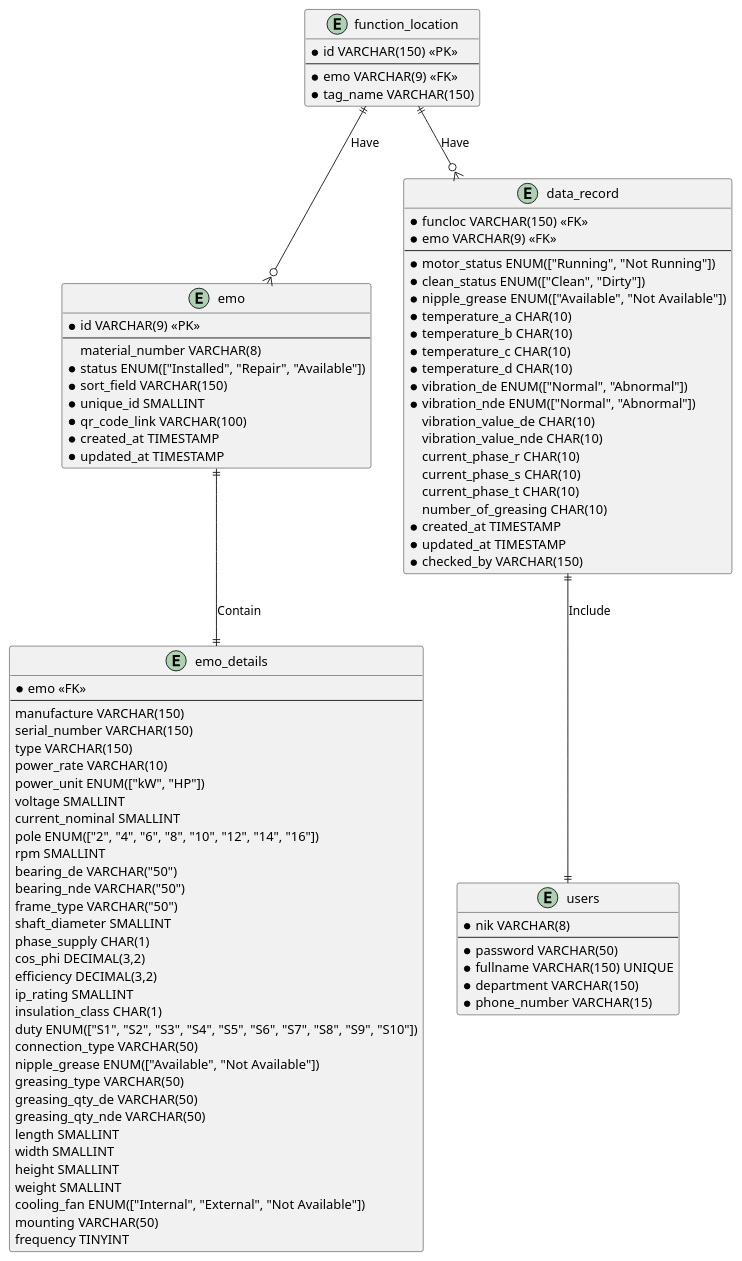
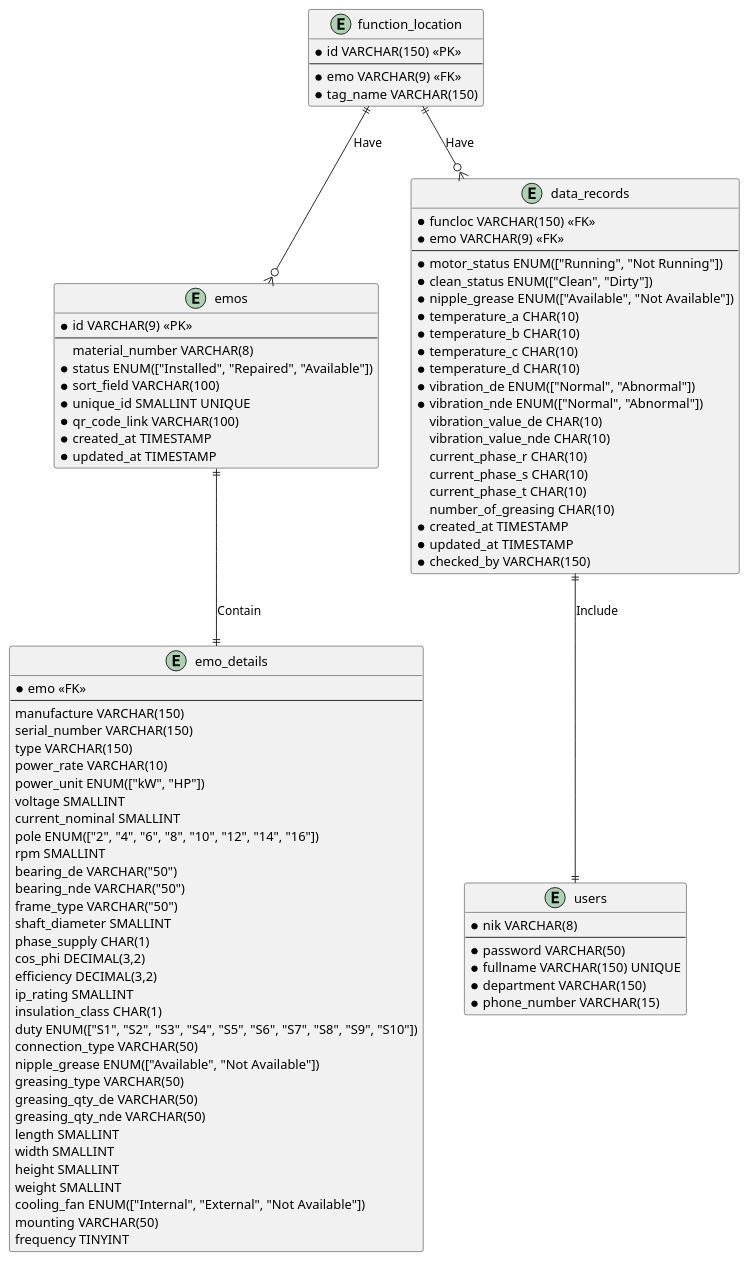
One commit to doniduaasattuu/fajar-e-maintenance changed the diagram in database/fajar_e_maintenance.puml. Above: the diagram before and after it, drawn with PlantUML. The commit also changed 5 other files, not shown here.

```diff
--- a/database/fajar_e_maintenance.puml
+++ b/database/fajar_e_maintenance.puml
@@ -1,99 +1,99 @@
 @startuml fajar_e_maintenance
 
 entity function_location
 {
     * id VARCHAR(150) <<PK>>
     --
     * emo VARCHAR(9) <<FK>>
     * tag_name VARCHAR(150)
 }
 
-entity emo
+entity emos
 {
     * id VARCHAR(9) <<PK>>
     --
       material_number VARCHAR(8)
-    * status ENUM(["Installed", "Repair", "Available"])
-    * sort_field VARCHAR(150)
-    * unique_id SMALLINT
+    * status ENUM(["Installed", "Repaired", "Available"])
+    * sort_field VARCHAR(100)
+    * unique_id SMALLINT UNIQUE
     * qr_code_link VARCHAR(100) 
     * created_at TIMESTAMP
     * updated_at TIMESTAMP
 }
 
 entity emo_details {
     * emo <<FK>>
     --
     manufacture VARCHAR(150)
     serial_number VARCHAR(150)
     type VARCHAR(150)
     power_rate VARCHAR(10)
     power_unit ENUM(["kW", "HP"])
     voltage SMALLINT
     current_nominal SMALLINT
     pole ENUM(["2", "4", "6", "8", "10", "12", "14", "16"])
     rpm SMALLINT
     bearing_de VARCHAR("50")
     bearing_nde VARCHAR("50")
     frame_type VARCHAR("50")
     shaft_diameter SMALLINT
     phase_supply CHAR(1)
     cos_phi DECIMAL(3,2)
     efficiency DECIMAL(3,2)
     ip_rating SMALLINT
     insulation_class CHAR(1)
     duty ENUM(["S1", "S2", "S3", "S4", "S5", "S6", "S7", "S8", "S9", "S10"])
     connection_type VARCHAR(50)
     nipple_grease ENUM(["Available", "Not Available"])
     greasing_type VARCHAR(50)
     greasing_qty_de VARCHAR(50)
     greasing_qty_nde VARCHAR(50)
     length SMALLINT
     width SMALLINT
     height SMALLINT
     weight SMALLINT
     cooling_fan ENUM(["Internal", "External", "Not Available"])
     mounting VARCHAR(50)
     frequency TINYINT
 }
 
-entity data_record {
+entity data_records {
     * funcloc VARCHAR(150) <<FK>>
     * emo VARCHAR(9) <<FK>>
     --
     * motor_status ENUM(["Running", "Not Running"])
     * clean_status ENUM(["Clean", "Dirty"])
     * nipple_grease ENUM(["Available", "Not Available"])
     * temperature_a CHAR(10)
     * temperature_b CHAR(10)
     * temperature_c CHAR(10)
     * temperature_d CHAR(10)
     * vibration_de ENUM(["Normal", "Abnormal"])
     * vibration_nde ENUM(["Normal", "Abnormal"])
       vibration_value_de CHAR(10)
       vibration_value_nde CHAR(10)
       current_phase_r CHAR(10)
       current_phase_s CHAR(10)
       current_phase_t CHAR(10)
       number_of_greasing CHAR(10)
     * created_at TIMESTAMP
     * updated_at TIMESTAMP
     * checked_by VARCHAR(150)
 }
 
 entity users {
     * nik VARCHAR(8)
     --
     * password VARCHAR(50)
     * fullname VARCHAR(150) UNIQUE
     * department VARCHAR(150)
     * phone_number VARCHAR(15)
 }
  
-function_location ||--o{ emo : Have
-function_location ||--o{ data_record : Have
-emo ||--|| emo_details : Contain
-data_record ||--|| users : Include
+function_location ||--o{ emos : Have
+function_location ||--o{ data_records : Have
+emos ||--|| emo_details : Contain
+data_records ||--|| users : Include
 
 
 @enduml
```
